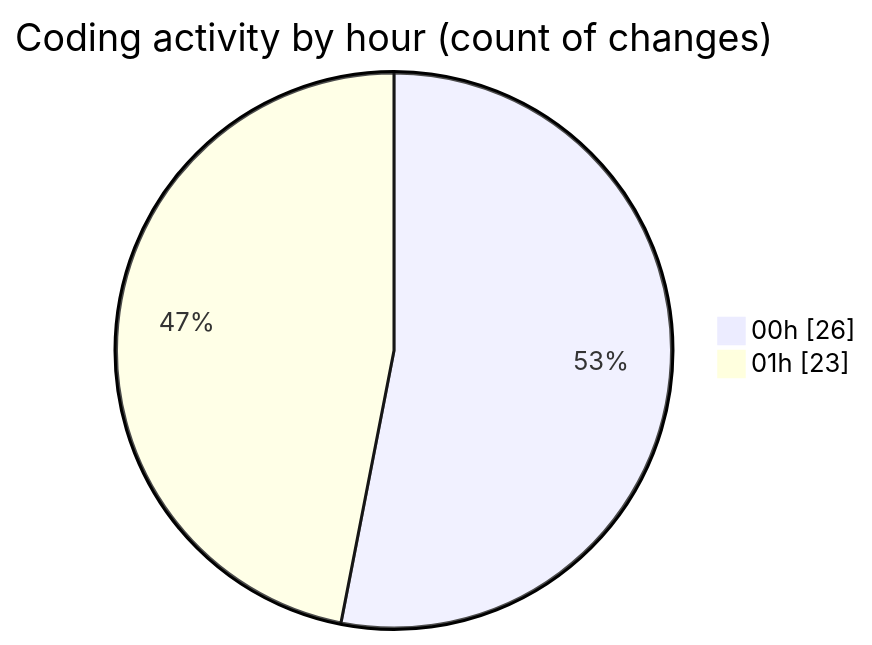
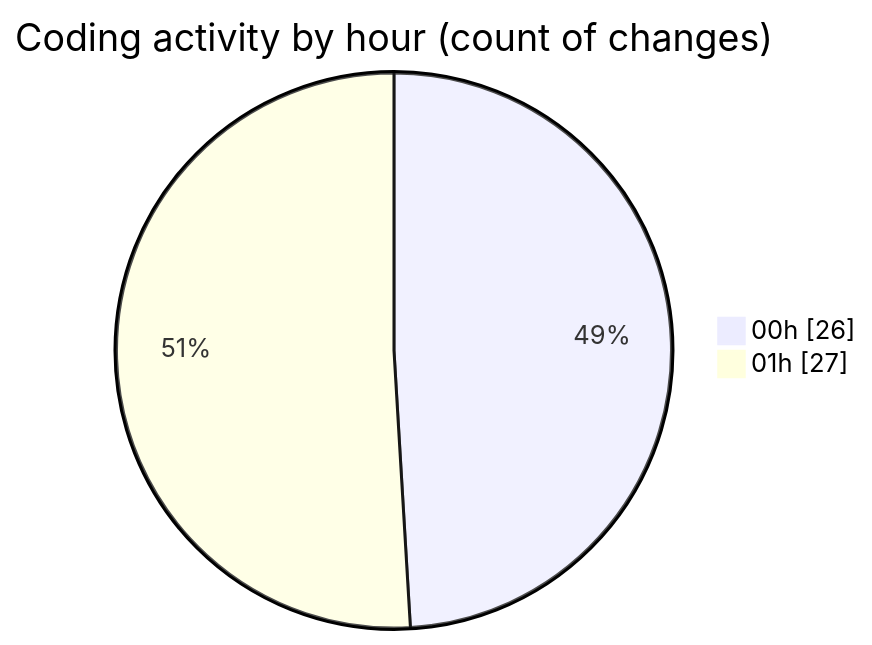
The second of 2 diagrams in 2025-08-17/rentotp/README.md (lephambinh05/code-tracking), drawn with Mermaid before and after one commit. The commit also changed other lines of this file and 1 other file, not shown here.

````diff
--- a/2025-08-17/rentotp/README.md
+++ b/2025-08-17/rentotp/README.md
@@ -44,6 +46,6 @@
 ```mermaid
 pie showData
 title Coding activity by hour (count of changes)
 "00h" : 26
-"01h" : 23
+"01h" : 27
 ```
````
